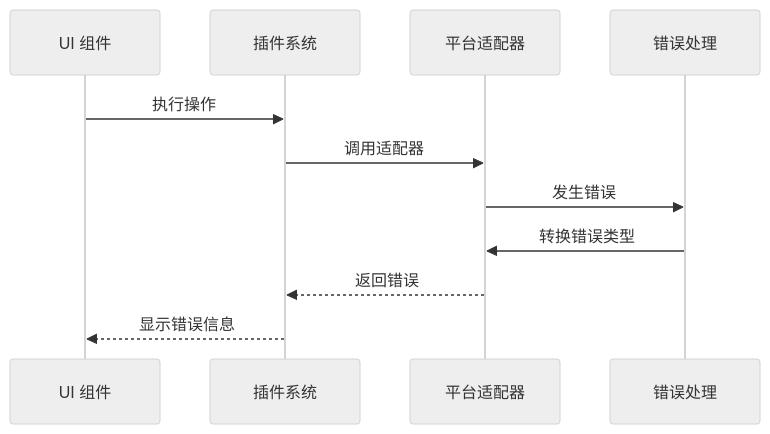
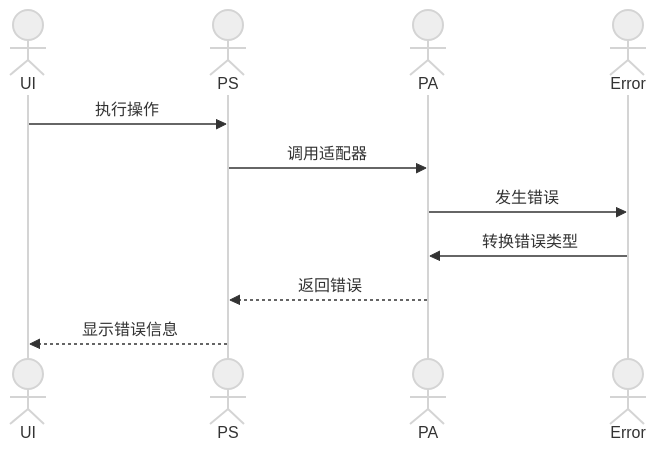
One commit to terwer/siyuan-plugin-publisher changed the sixth of 7 diagrams in DEVELOPMENT_zh_CN.md. Above: the diagram before and after it, drawn with Mermaid (neutral theme). The commit also changed other lines of this file and 1 other file, not shown here.

First line of the commit message:
docs(DEVELOPMENT): update sequence diagrams to use actor instead of participant

````diff
--- a/DEVELOPMENT_zh_CN.md
+++ b/DEVELOPMENT_zh_CN.md
@@ -217,14 +217,14 @@
 ```mermaid
 sequenceDiagram
-    participant UI as UI 组件
-    participant PS as 插件系统
-    participant PA as 平台适配器
-    participant Error as 错误处理
+    actor UI
+    actor PS
+    actor PA
+    actor Error
 
     UI->>PS: 执行操作
     PS->>PA: 调用适配器
     PA->>Error: 发生错误
     Error->>PA: 转换错误类型
     PA-->>PS: 返回错误
     PS-->>UI: 显示错误信息
 ```
````
